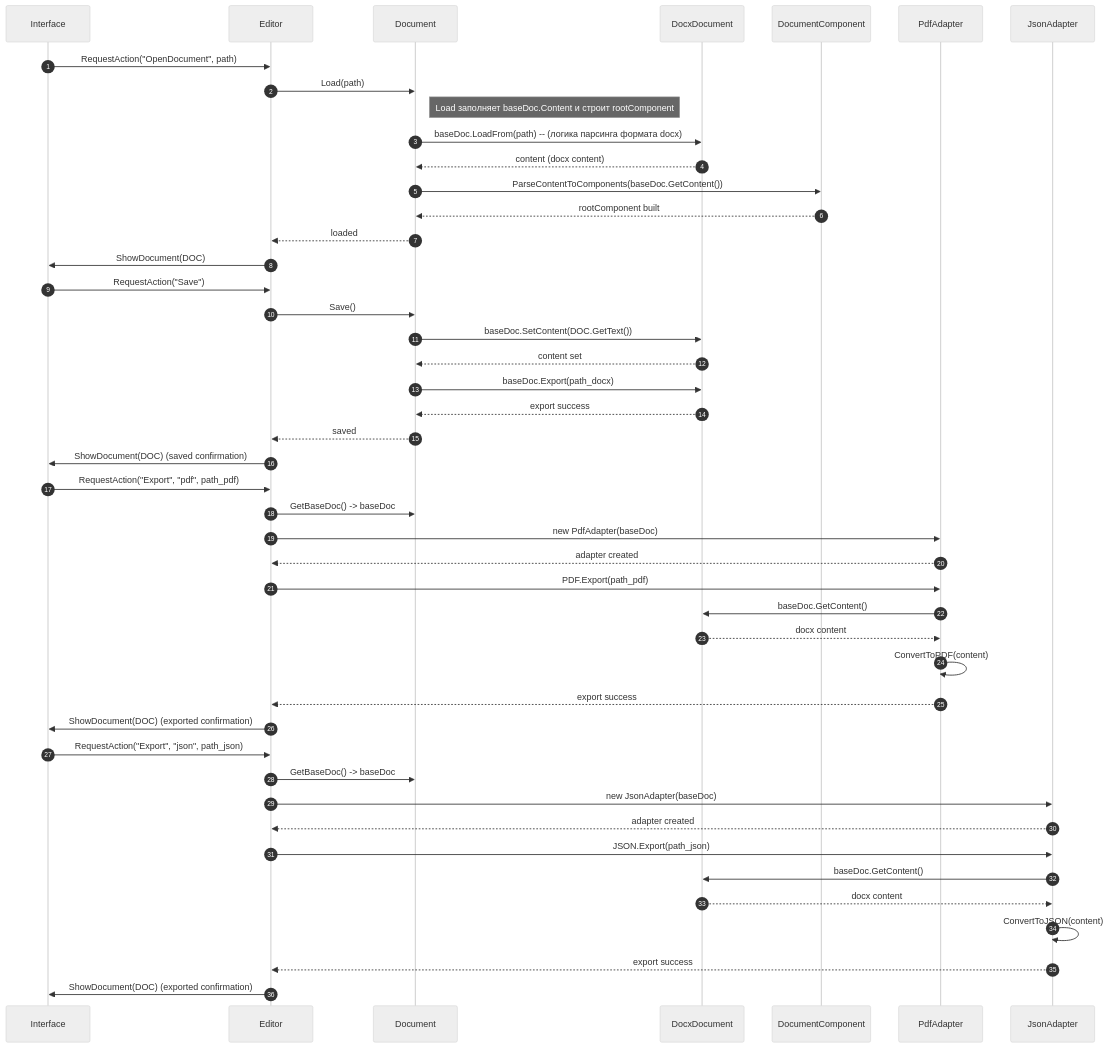
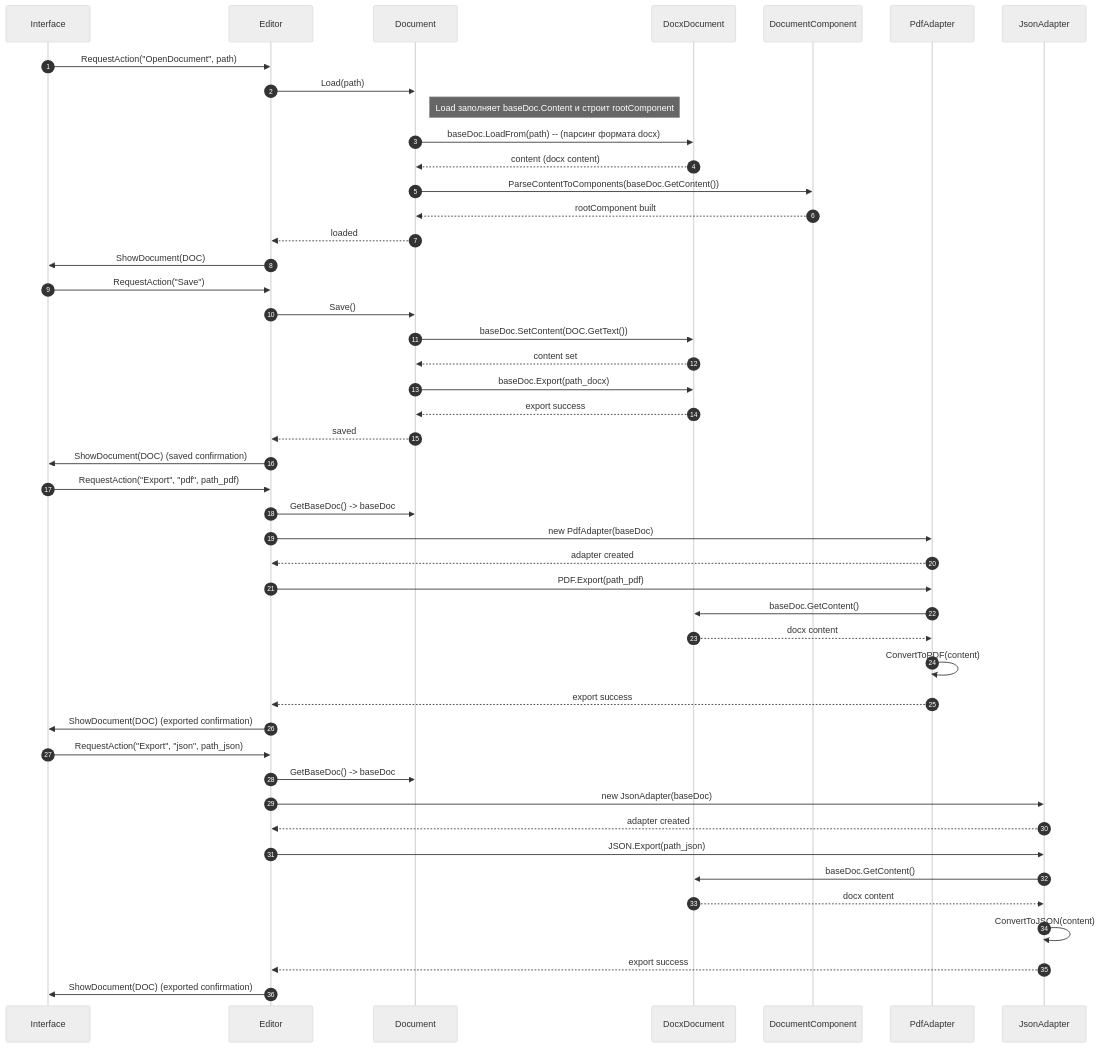
The diagram in Документация/Сценарии использования/02-Открытие, сохранение файла/Диаграмма последовательности Открытие, сохранение.md (penamarth/bsbo-03-23_team6_var11_textedit), drawn with Mermaid (neutral theme) before and after one commit.

Commit message:
Update Диаграмма последовательности Открытие, сохранение.md

````diff
--- a/Документация/Сценарии использования/02-Открытие, сохранение файла/Диаграмма последовательности Открытие, сохранение.md
+++ b/Документация/Сценарии использования/02-Открытие, сохранение файла/Диаграмма последовательности Открытие, сохранение.md
@@ -2,56 +2,56 @@
 ``` mermaid
 sequenceDiagram
     autonumber
     participant UI as Interface
     participant ED as Editor
     participant DOC as Document
     participant BASE as DocxDocument
     participant ROOT as DocumentComponent
     participant PDF as PdfAdapter
     participant JSON as JsonAdapter
 
     %% A) ОТКРЫТИЕ
     UI->>ED: RequestAction("OpenDocument", path)
     ED->>DOC: Load(path)
     note right of DOC: Load заполняет baseDoc.Content и строит rootComponent
-    DOC->>BASE: baseDoc.LoadFrom(path)  -- (логика парсинга формата docx)
+    DOC->>BASE: baseDoc.LoadFrom(path)  -- (парсинг формата docx)
     BASE-->>DOC: content (docx content)
     DOC->>ROOT: ParseContentToComponents(baseDoc.GetContent())
     ROOT-->>DOC: rootComponent built
     DOC-->>ED: loaded
     ED->>UI: ShowDocument(DOC)
 
     %% B) СОХРАНЕНИЕ В DOCX
     UI->>ED: RequestAction("Save")
     ED->>DOC: Save()
     DOC->>BASE: baseDoc.SetContent(DOC.GetText())
     BASE-->>DOC: content set
     DOC->>BASE: baseDoc.Export(path_docx)
     BASE-->>DOC: export success
     DOC-->>ED: saved
     ED->>UI: ShowDocument(DOC) (saved confirmation)
 
     %% C) ЭКСПОРТ В PDF и JSON через адаптеры
     UI->>ED: RequestAction("Export", "pdf", path_pdf)
     ED->>DOC: GetBaseDoc() -> baseDoc
     ED->>PDF: new PdfAdapter(baseDoc)
     PDF-->>ED: adapter created
     ED->>PDF: PDF.Export(path_pdf)
     PDF->>BASE: baseDoc.GetContent()
     BASE-->>PDF: docx content
     PDF->>PDF: ConvertToPDF(content)
     PDF-->>ED: export success
     ED->>UI: ShowDocument(DOC) (exported confirmation)
 
     UI->>ED: RequestAction("Export", "json", path_json)
     ED->>DOC: GetBaseDoc() -> baseDoc
     ED->>JSON: new JsonAdapter(baseDoc)
     JSON-->>ED: adapter created
     ED->>JSON: JSON.Export(path_json)
     JSON->>BASE: baseDoc.GetContent()
     BASE-->>JSON: docx content
     JSON->>JSON: ConvertToJSON(content)
     JSON-->>ED: export success
     ED->>UI: ShowDocument(DOC) (exported confirmation)
 
 ```
````
